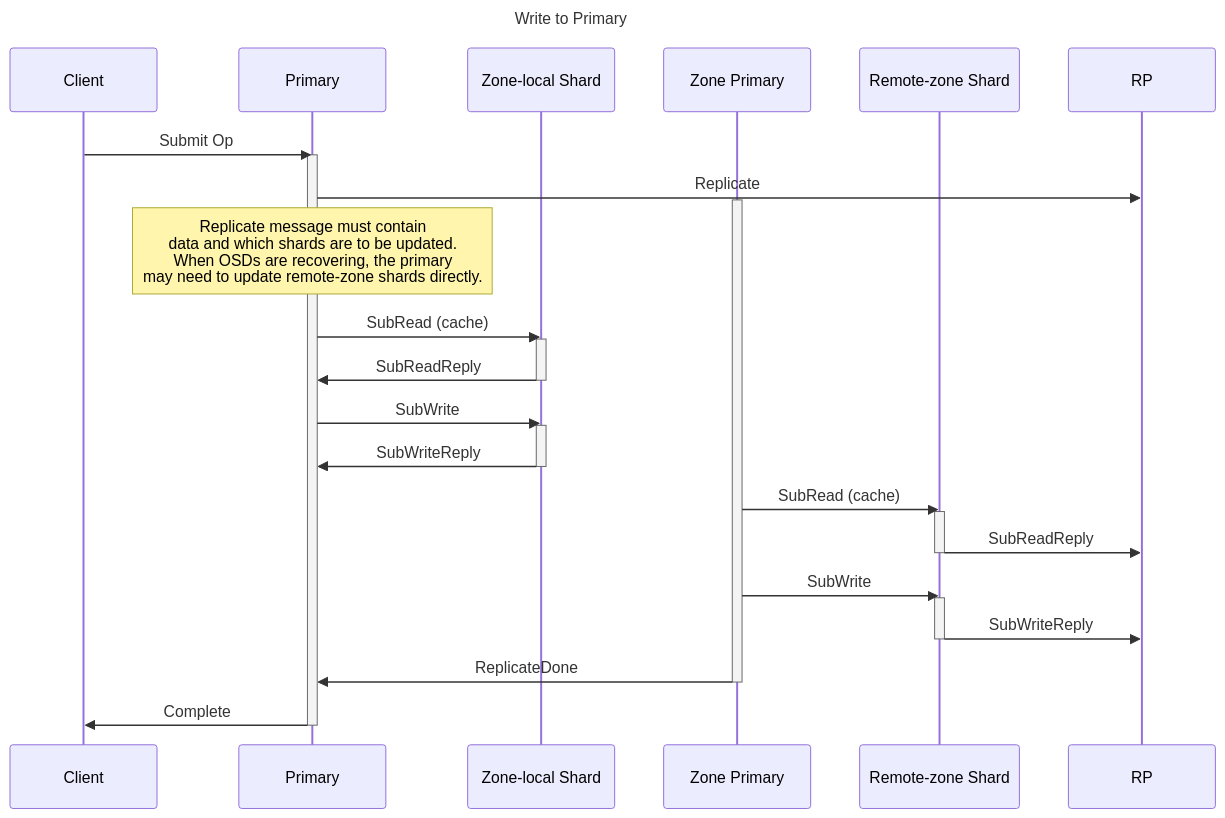
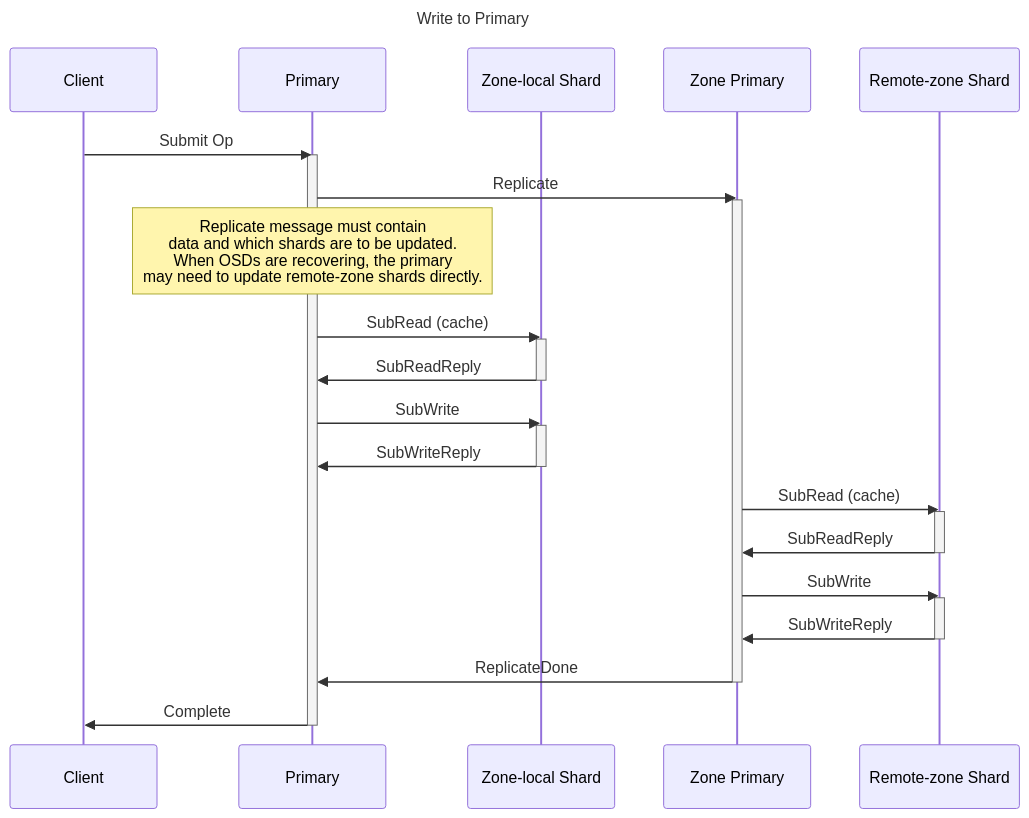
Before and after one commit to ceph/ceph: the third of 4 diagrams in doc/dev/osd_internals/erasure_coding/ec_stretch_cluster.rst, drawn with Mermaid. The commit also changed other lines of this file and 1 other file, not shown here.

```diff
--- a/doc/dev/osd_internals/erasure_coding/ec_stretch_cluster.rst
+++ b/doc/dev/osd_internals/erasure_coding/ec_stretch_cluster.rst
@@ -740,44 +2248,44 @@
 .. mermaid::
 
    sequenceDiagram
        title Write to Primary
 
        participant C as Client
        participant P as Primary
        participant ZS as Zone-local Shard
        participant ZP as Zone Primary
        participant RS as Remote-zone Shard
 
        C->>P: Submit Op
        activate P
 
-       P->>RP: Replicate
+       P->>ZP: Replicate
        activate ZP
 
        note over P: Replicate message must contain<br/>data and which shards are to be updated.<br/>When OSDs are recovering, the primary<br/>may need to update remote-zone shards directly.
 
        P->>ZS: SubRead (cache)
        activate ZS
        ZS->>P: SubReadReply
        deactivate ZS
 
        P->>ZS: SubWrite
        activate ZS
        ZS->>P: SubWriteReply
        deactivate ZS
 
        ZP->>RS: SubRead (cache)
        activate RS
-       RS->>RP: SubReadReply
+       RS->>ZP: SubReadReply
        deactivate RS
 
        ZP->>RS: SubWrite
        activate RS
-       RS->>RP: SubWriteReply
+       RS->>ZP: SubWriteReply
        deactivate RS
 
        ZP->>P: ReplicateDone
        deactivate ZP
 
        P->>C: Complete
        deactivate P
```
